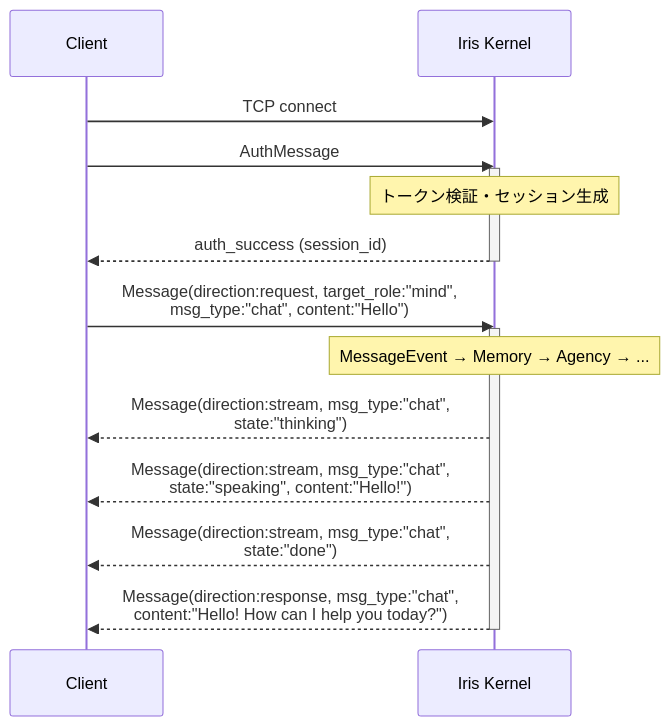
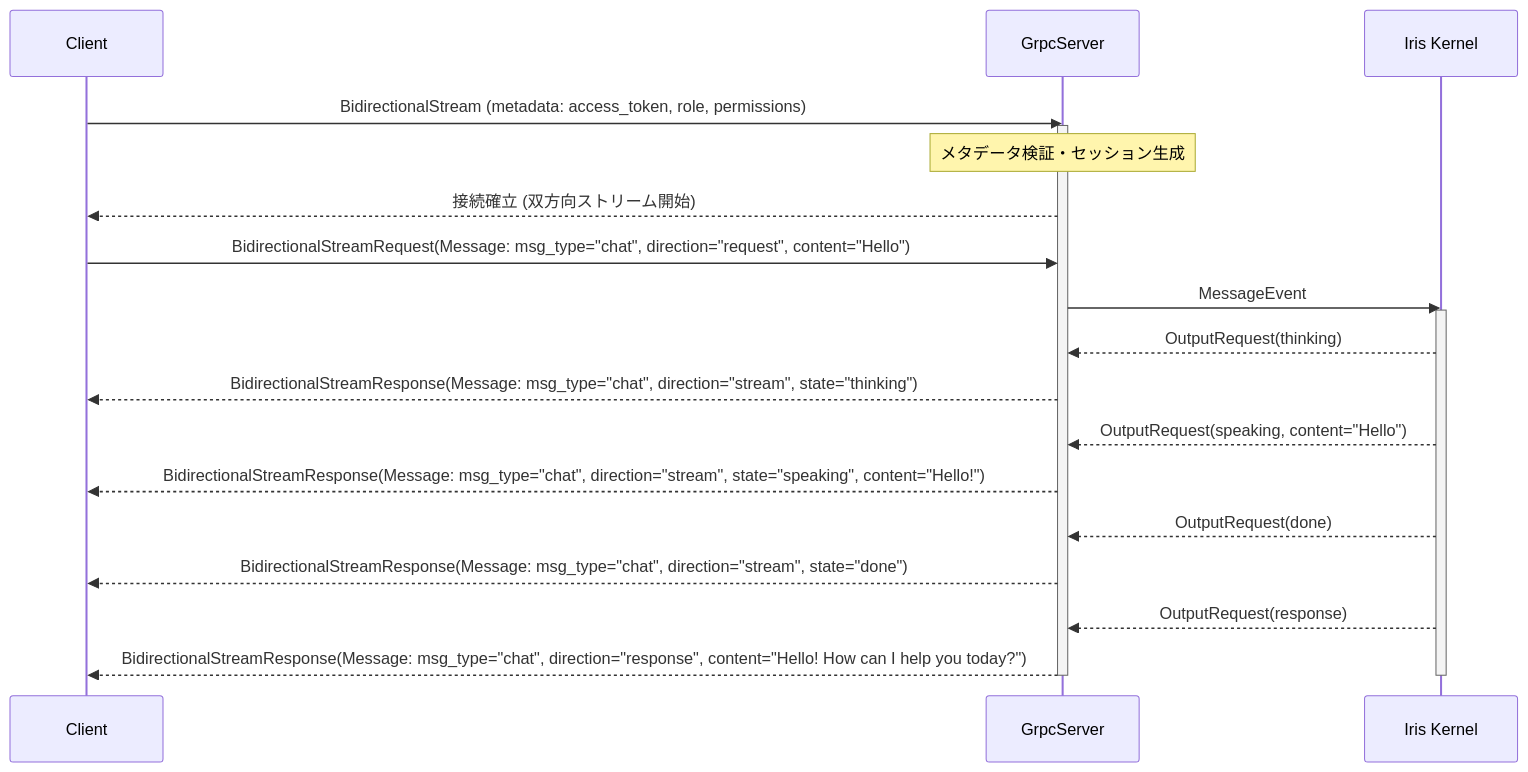
One commit to ibukani/iris-mind changed the first of 2 diagrams in docs/ipc-spec.md. Above: the diagram before and after it, drawn with Mermaid. The commit also changed other lines of this file and 35 other files, not shown here.

````diff
--- a/docs/ipc-spec.md
+++ b/docs/ipc-spec.md
@@ -248,20 +150,25 @@
 ```mermaid
 sequenceDiagram
     participant Client
+    participant Server as GrpcServer
     participant Kernel as Iris Kernel
 
-    Client->>Kernel: TCP connect
-    Client->>Kernel: AuthMessage
+    Client->>Server: BidirectionalStream (metadata: access_token, role, permissions)
+    activate Server
+    Note over Server: メタデータ検証・セッション生成
+    Server-->>Client: 接続確立 (双方向ストリーム開始)
+
+    Client->>Server: BidirectionalStreamRequest(Message: msg_type="chat", direction="request", content="Hello")
+    Server->>Kernel: MessageEvent
     activate Kernel
-    Note over Kernel: トークン検証・セッション生成
-    Kernel-->>Client: auth_success (session_id)
+    Kernel-->>Server: OutputRequest(thinking)
+    Server-->>Client: BidirectionalStreamResponse(Message: msg_type="chat", direction="stream", state="thinking")
+    Kernel-->>Server: OutputRequest(speaking, content="Hello")
+    Server-->>Client: BidirectionalStreamResponse(Message: msg_type="chat", direction="stream", state="speaking", content="Hello!")
+    Kernel-->>Server: OutputRequest(done)
+    Server-->>Client: BidirectionalStreamResponse(Message: msg_type="chat", direction="stream", state="done")
+    Kernel-->>Server: OutputRequest(response)
+    Server-->>Client: BidirectionalStreamResponse(Message: msg_type="chat", direction="response", content="Hello! How can I help you today?")
     deactivate Kernel
-    Client->>Kernel: Message(direction:request, target_role:"mind",<br/>msg_type:"chat", content:"Hello")
-    activate Kernel
-    Note over Kernel: MessageEvent → Memory → Agency → ...
-    Kernel-->>Client: Message(direction:stream, msg_type:"chat",<br/>state:"thinking")
-    Kernel-->>Client: Message(direction:stream, msg_type:"chat",<br/>state:"speaking", content:"Hello!")
-    Kernel-->>Client: Message(direction:stream, msg_type:"chat",<br/>state:"done")
-    Kernel-->>Client: Message(direction:response, msg_type:"chat",<br/>content:"Hello! How can I help you today?")
-    deactivate Kernel
+    deactivate Server
 ```
````
